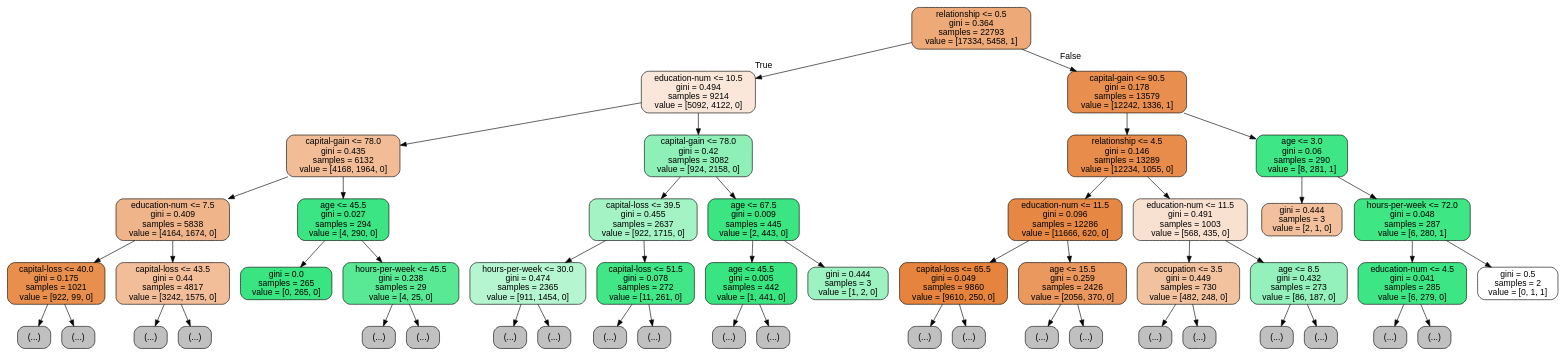
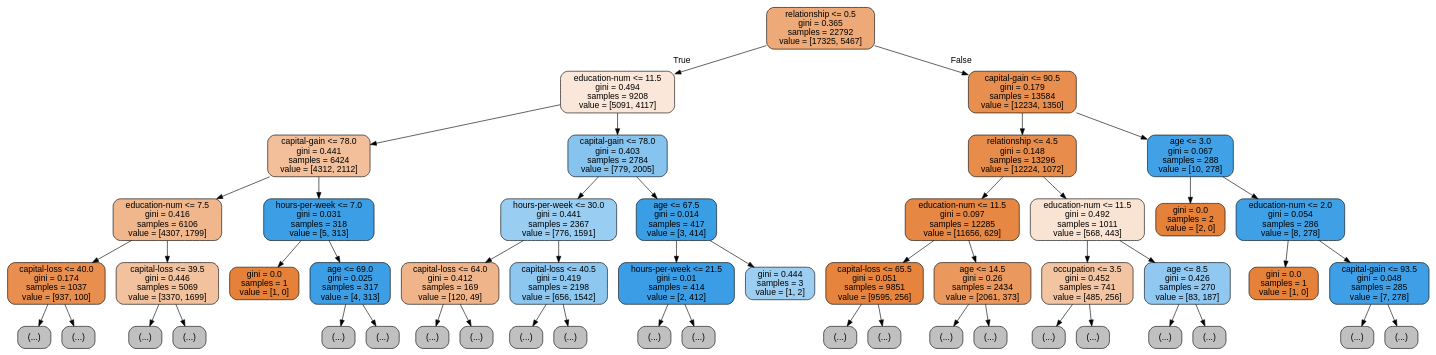
One commit to Banghyungjin/jupyter_test changed the diagram in tree.dot. Above: the diagram before and after it, drawn with Graphviz. The commit also changed 3 other files, not shown here.

```diff
--- a/tree.dot
+++ b/tree.dot
@@ -1,105 +1,105 @@
 digraph Tree {
 node [shape=box, style="filled, rounded", color="black", fontname=helvetica] ;
 edge [fontname=helvetica] ;
-0 [label="relationship <= 0.5\ngini = 0.364\nsamples = 22793\nvalue = [17334, 5458, 1]", fillcolor="#eda977"] ;
-1 [label="education-num <= 10.5\ngini = 0.494\nsamples = 9214\nvalue = [5092, 4122, 0]", fillcolor="#fae7d9"] ;
+0 [label="relationship <= 0.5\ngini = 0.365\nsamples = 22792\nvalue = [17325, 5467]", fillcolor="#eda977"] ;
+1 [label="education-num <= 11.5\ngini = 0.494\nsamples = 9208\nvalue = [5091, 4117]", fillcolor="#fae7d9"] ;
 0 -> 1 [labeldistance=2.5, labelangle=45, headlabel="True"] ;
-2 [label="capital-gain <= 78.0\ngini = 0.435\nsamples = 6132\nvalue = [4168, 1964, 0]", fillcolor="#f1bc96"] ;
+2 [label="capital-gain <= 78.0\ngini = 0.441\nsamples = 6424\nvalue = [4312, 2112]", fillcolor="#f2bf9a"] ;
 1 -> 2 ;
-3 [label="education-num <= 7.5\ngini = 0.409\nsamples = 5838\nvalue = [4164, 1674, 0]", fillcolor="#efb489"] ;
+3 [label="education-num <= 7.5\ngini = 0.416\nsamples = 6106\nvalue = [4307, 1799]", fillcolor="#f0b68c"] ;
 2 -> 3 ;
-4 [label="capital-loss <= 40.0\ngini = 0.175\nsamples = 1021\nvalue = [922, 99, 0]", fillcolor="#e88f4e"] ;
+4 [label="capital-loss <= 40.0\ngini = 0.174\nsamples = 1037\nvalue = [937, 100]", fillcolor="#e88e4e"] ;
 3 -> 4 ;
 5 [label="(...)", fillcolor="#C0C0C0"] ;
 4 -> 5 ;
-50 [label="(...)", fillcolor="#C0C0C0"] ;
-4 -> 50 ;
-57 [label="capital-loss <= 43.5\ngini = 0.44\nsamples = 4817\nvalue = [3242, 1575, 0]", fillcolor="#f2be99"] ;
-3 -> 57 ;
-58 [label="(...)", fillcolor="#C0C0C0"] ;
-57 -> 58 ;
-115 [label="(...)", fillcolor="#C0C0C0"] ;
-57 -> 115 ;
-140 [label="age <= 45.5\ngini = 0.027\nsamples = 294\nvalue = [4, 290, 0]", fillcolor="#3ce583"] ;
-2 -> 140 ;
-141 [label="gini = 0.0\nsamples = 265\nvalue = [0, 265, 0]", fillcolor="#39e581"] ;
-140 -> 141 ;
-142 [label="hours-per-week <= 45.5\ngini = 0.238\nsamples = 29\nvalue = [4, 25, 0]", fillcolor="#59e995"] ;
-140 -> 142 ;
-143 [label="(...)", fillcolor="#C0C0C0"] ;
-142 -> 143 ;
-150 [label="(...)", fillcolor="#C0C0C0"] ;
-142 -> 150 ;
-151 [label="capital-gain <= 78.0\ngini = 0.42\nsamples = 3082\nvalue = [924, 2158, 0]", fillcolor="#8ef0b7"] ;
-1 -> 151 ;
-152 [label="capital-loss <= 39.5\ngini = 0.455\nsamples = 2637\nvalue = [922, 1715, 0]", fillcolor="#a3f3c5"] ;
-151 -> 152 ;
-153 [label="hours-per-week <= 30.0\ngini = 0.474\nsamples = 2365\nvalue = [911, 1454, 0]", fillcolor="#b5f5d0"] ;
-152 -> 153 ;
-154 [label="(...)", fillcolor="#C0C0C0"] ;
-153 -> 154 ;
-187 [label="(...)", fillcolor="#C0C0C0"] ;
-153 -> 187 ;
-242 [label="capital-loss <= 51.5\ngini = 0.078\nsamples = 272\nvalue = [11, 261, 0]", fillcolor="#41e686"] ;
-152 -> 242 ;
-243 [label="(...)", fillcolor="#C0C0C0"] ;
-242 -> 243 ;
-250 [label="(...)", fillcolor="#C0C0C0"] ;
-242 -> 250 ;
-257 [label="age <= 67.5\ngini = 0.009\nsamples = 445\nvalue = [2, 443, 0]", fillcolor="#3ae582"] ;
-151 -> 257 ;
-258 [label="age <= 45.5\ngini = 0.005\nsamples = 442\nvalue = [1, 441, 0]", fillcolor="#39e581"] ;
-257 -> 258 ;
-259 [label="(...)", fillcolor="#C0C0C0"] ;
-258 -> 259 ;
-260 [label="(...)", fillcolor="#C0C0C0"] ;
-258 -> 260 ;
-265 [label="gini = 0.444\nsamples = 3\nvalue = [1, 2, 0]", fillcolor="#9cf2c0"] ;
-257 -> 265 ;
-266 [label="capital-gain <= 90.5\ngini = 0.178\nsamples = 13579\nvalue = [12242, 1336, 1]", fillcolor="#e88f4f"] ;
-0 -> 266 [labeldistance=2.5, labelangle=-45, headlabel="False"] ;
-267 [label="relationship <= 4.5\ngini = 0.146\nsamples = 13289\nvalue = [12234, 1055, 0]", fillcolor="#e78c4a"] ;
-266 -> 267 ;
-268 [label="education-num <= 11.5\ngini = 0.096\nsamples = 12286\nvalue = [11666, 620, 0]", fillcolor="#e68844"] ;
-267 -> 268 ;
-269 [label="capital-loss <= 65.5\ngini = 0.049\nsamples = 9860\nvalue = [9610, 250, 0]", fillcolor="#e6843e"] ;
-268 -> 269 ;
-270 [label="(...)", fillcolor="#C0C0C0"] ;
-269 -> 270 ;
-321 [label="(...)", fillcolor="#C0C0C0"] ;
-269 -> 321 ;
-336 [label="age <= 15.5\ngini = 0.259\nsamples = 2426\nvalue = [2056, 370, 0]", fillcolor="#ea985d"] ;
-268 -> 336 ;
-337 [label="(...)", fillcolor="#C0C0C0"] ;
-336 -> 337 ;
-384 [label="(...)", fillcolor="#C0C0C0"] ;
-336 -> 384 ;
-425 [label="education-num <= 11.5\ngini = 0.491\nsamples = 1003\nvalue = [568, 435, 0]", fillcolor="#f9e1d1"] ;
-267 -> 425 ;
-426 [label="occupation <= 3.5\ngini = 0.449\nsamples = 730\nvalue = [482, 248, 0]", fillcolor="#f2c29f"] ;
-425 -> 426 ;
-427 [label="(...)", fillcolor="#C0C0C0"] ;
-426 -> 427 ;
-468 [label="(...)", fillcolor="#C0C0C0"] ;
-426 -> 468 ;
-507 [label="age <= 8.5\ngini = 0.432\nsamples = 273\nvalue = [86, 187, 0]", fillcolor="#94f1bb"] ;
-425 -> 507 ;
-508 [label="(...)", fillcolor="#C0C0C0"] ;
-507 -> 508 ;
-515 [label="(...)", fillcolor="#C0C0C0"] ;
-507 -> 515 ;
-542 [label="age <= 3.0\ngini = 0.06\nsamples = 290\nvalue = [8, 281, 1]", fillcolor="#3fe685"] ;
-266 -> 542 ;
-543 [label="gini = 0.444\nsamples = 3\nvalue = [2, 1, 0]", fillcolor="#f2c09c"] ;
-542 -> 543 ;
-544 [label="hours-per-week <= 72.0\ngini = 0.048\nsamples = 287\nvalue = [6, 280, 1]", fillcolor="#3ee684"] ;
-542 -> 544 ;
-545 [label="education-num <= 4.5\ngini = 0.041\nsamples = 285\nvalue = [6, 279, 0]", fillcolor="#3de684"] ;
-544 -> 545 ;
-546 [label="(...)", fillcolor="#C0C0C0"] ;
-545 -> 546 ;
-547 [label="(...)", fillcolor="#C0C0C0"] ;
-545 -> 547 ;
-562 [label="gini = 0.5\nsamples = 2\nvalue = [0, 1, 1]", fillcolor="#ffffff"] ;
-544 -> 562 ;
+46 [label="(...)", fillcolor="#C0C0C0"] ;
+4 -> 46 ;
+51 [label="capital-loss <= 39.5\ngini = 0.446\nsamples = 5069\nvalue = [3370, 1699]", fillcolor="#f2c19d"] ;
+3 -> 51 ;
+52 [label="(...)", fillcolor="#C0C0C0"] ;
+51 -> 52 ;
+109 [label="(...)", fillcolor="#C0C0C0"] ;
+51 -> 109 ;
+130 [label="hours-per-week <= 7.0\ngini = 0.031\nsamples = 318\nvalue = [5, 313]", fillcolor="#3c9fe5"] ;
+2 -> 130 ;
+131 [label="gini = 0.0\nsamples = 1\nvalue = [1, 0]", fillcolor="#e58139"] ;
+130 -> 131 ;
+132 [label="age <= 69.0\ngini = 0.025\nsamples = 317\nvalue = [4, 313]", fillcolor="#3c9ee5"] ;
+130 -> 132 ;
+133 [label="(...)", fillcolor="#C0C0C0"] ;
+132 -> 133 ;
+144 [label="(...)", fillcolor="#C0C0C0"] ;
+132 -> 144 ;
+145 [label="capital-gain <= 78.0\ngini = 0.403\nsamples = 2784\nvalue = [779, 2005]", fillcolor="#86c3ef"] ;
+1 -> 145 ;
+146 [label="hours-per-week <= 30.0\ngini = 0.441\nsamples = 2367\nvalue = [776, 1591]", fillcolor="#9acdf2"] ;
+145 -> 146 ;
+147 [label="capital-loss <= 64.0\ngini = 0.412\nsamples = 169\nvalue = [120, 49]", fillcolor="#f0b48a"] ;
+146 -> 147 ;
+148 [label="(...)", fillcolor="#C0C0C0"] ;
+147 -> 148 ;
+183 [label="(...)", fillcolor="#C0C0C0"] ;
+147 -> 183 ;
+184 [label="capital-loss <= 40.5\ngini = 0.419\nsamples = 2198\nvalue = [656, 1542]", fillcolor="#8dc7f0"] ;
+146 -> 184 ;
+185 [label="(...)", fillcolor="#C0C0C0"] ;
+184 -> 185 ;
+222 [label="(...)", fillcolor="#C0C0C0"] ;
+184 -> 222 ;
+235 [label="age <= 67.5\ngini = 0.014\nsamples = 417\nvalue = [3, 414]", fillcolor="#3a9ee5"] ;
+145 -> 235 ;
+236 [label="hours-per-week <= 21.5\ngini = 0.01\nsamples = 414\nvalue = [2, 412]", fillcolor="#3a9de5"] ;
+235 -> 236 ;
+237 [label="(...)", fillcolor="#C0C0C0"] ;
+236 -> 237 ;
+240 [label="(...)", fillcolor="#C0C0C0"] ;
+236 -> 240 ;
+247 [label="gini = 0.444\nsamples = 3\nvalue = [1, 2]", fillcolor="#9ccef2"] ;
+235 -> 247 ;
+248 [label="capital-gain <= 90.5\ngini = 0.179\nsamples = 13584\nvalue = [12234, 1350]", fillcolor="#e88f4f"] ;
+0 -> 248 [labeldistance=2.5, labelangle=-45, headlabel="False"] ;
+249 [label="relationship <= 4.5\ngini = 0.148\nsamples = 13296\nvalue = [12224, 1072]", fillcolor="#e78c4a"] ;
+248 -> 249 ;
+250 [label="education-num <= 11.5\ngini = 0.097\nsamples = 12285\nvalue = [11656, 629]", fillcolor="#e68844"] ;
+249 -> 250 ;
+251 [label="capital-loss <= 65.5\ngini = 0.051\nsamples = 9851\nvalue = [9595, 256]", fillcolor="#e6843e"] ;
+250 -> 251 ;
+252 [label="(...)", fillcolor="#C0C0C0"] ;
+251 -> 252 ;
+315 [label="(...)", fillcolor="#C0C0C0"] ;
+251 -> 315 ;
+332 [label="age <= 14.5\ngini = 0.26\nsamples = 2434\nvalue = [2061, 373]", fillcolor="#ea985d"] ;
+250 -> 332 ;
+333 [label="(...)", fillcolor="#C0C0C0"] ;
+332 -> 333 ;
+370 [label="(...)", fillcolor="#C0C0C0"] ;
+332 -> 370 ;
+411 [label="education-num <= 11.5\ngini = 0.492\nsamples = 1011\nvalue = [568, 443]", fillcolor="#f9e3d3"] ;
+249 -> 411 ;
+412 [label="occupation <= 3.5\ngini = 0.452\nsamples = 741\nvalue = [485, 256]", fillcolor="#f3c4a2"] ;
+411 -> 412 ;
+413 [label="(...)", fillcolor="#C0C0C0"] ;
+412 -> 413 ;
+448 [label="(...)", fillcolor="#C0C0C0"] ;
+412 -> 448 ;
+473 [label="age <= 8.5\ngini = 0.426\nsamples = 270\nvalue = [83, 187]", fillcolor="#91c8f1"] ;
+411 -> 473 ;
+474 [label="(...)", fillcolor="#C0C0C0"] ;
+473 -> 474 ;
+479 [label="(...)", fillcolor="#C0C0C0"] ;
+473 -> 479 ;
+504 [label="age <= 3.0\ngini = 0.067\nsamples = 288\nvalue = [10, 278]", fillcolor="#40a1e6"] ;
+248 -> 504 ;
+505 [label="gini = 0.0\nsamples = 2\nvalue = [2, 0]", fillcolor="#e58139"] ;
+504 -> 505 ;
+506 [label="education-num <= 2.0\ngini = 0.054\nsamples = 286\nvalue = [8, 278]", fillcolor="#3fa0e6"] ;
+504 -> 506 ;
+507 [label="gini = 0.0\nsamples = 1\nvalue = [1, 0]", fillcolor="#e58139"] ;
+506 -> 507 ;
+508 [label="capital-gain <= 93.5\ngini = 0.048\nsamples = 285\nvalue = [7, 278]", fillcolor="#3e9fe6"] ;
+506 -> 508 ;
+509 [label="(...)", fillcolor="#C0C0C0"] ;
+508 -> 509 ;
+512 [label="(...)", fillcolor="#C0C0C0"] ;
+508 -> 512 ;
 }
```
